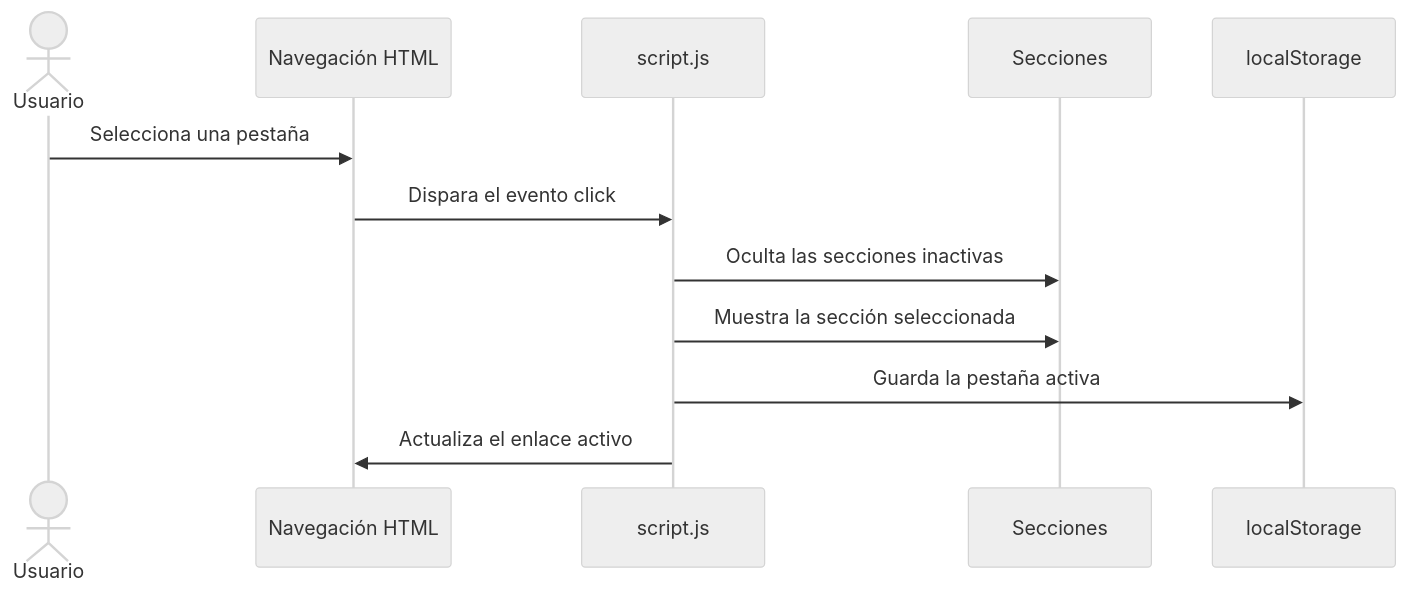
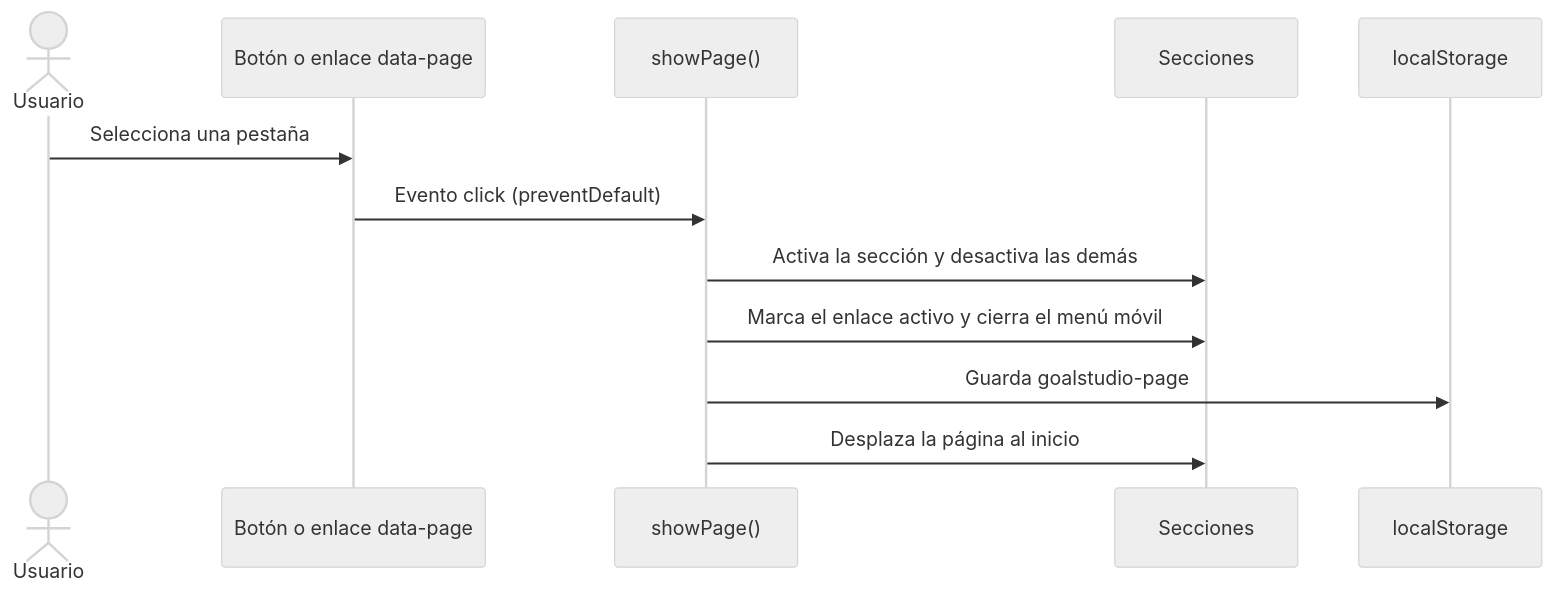
The third of 3 diagrams in README.md (Campriet03/Pagina-web-GOALSTUDIO), drawn with Mermaid (neutral theme) before and after one commit. The commit also changed other lines of this file, not shown here.

````diff
--- a/README.md
+++ b/README.md
@@ -95,15 +113,15 @@
 ```mermaid
 sequenceDiagram
-    actor Usuario
-    participant UI as Navegación HTML
-    participant JS as script.js
+    actor U as Usuario
+    participant UI as Botón o enlace data-page
+    participant JS as showPage()
     participant DOM as Secciones
     participant LS as localStorage
 
-    Usuario->>UI: Selecciona una pestaña
-    UI->>JS: Dispara el evento click
-    JS->>DOM: Oculta las secciones inactivas
-    JS->>DOM: Muestra la sección seleccionada
-    JS->>LS: Guarda la pestaña activa
-    JS->>UI: Actualiza el enlace activo
+    U->>UI: Selecciona una pestaña
+    UI->>JS: Evento click (preventDefault)
+    JS->>DOM: Activa la sección y desactiva las demás
+    JS->>DOM: Marca el enlace activo y cierra el menú móvil
+    JS->>LS: Guarda goalstudio-page
+    JS->>DOM: Desplaza la página al inicio
 ```
````
